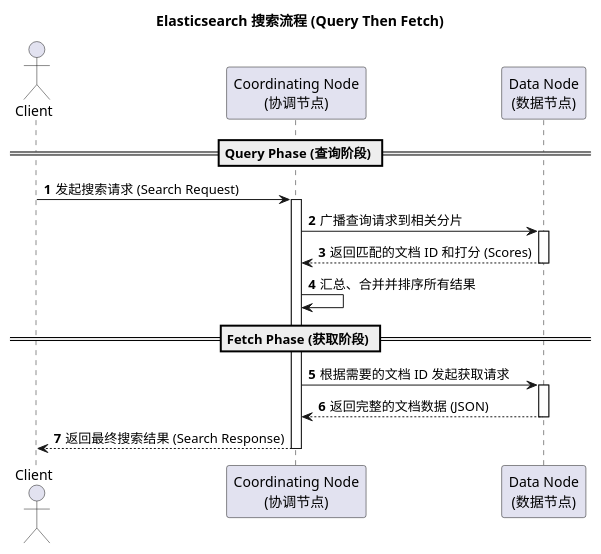
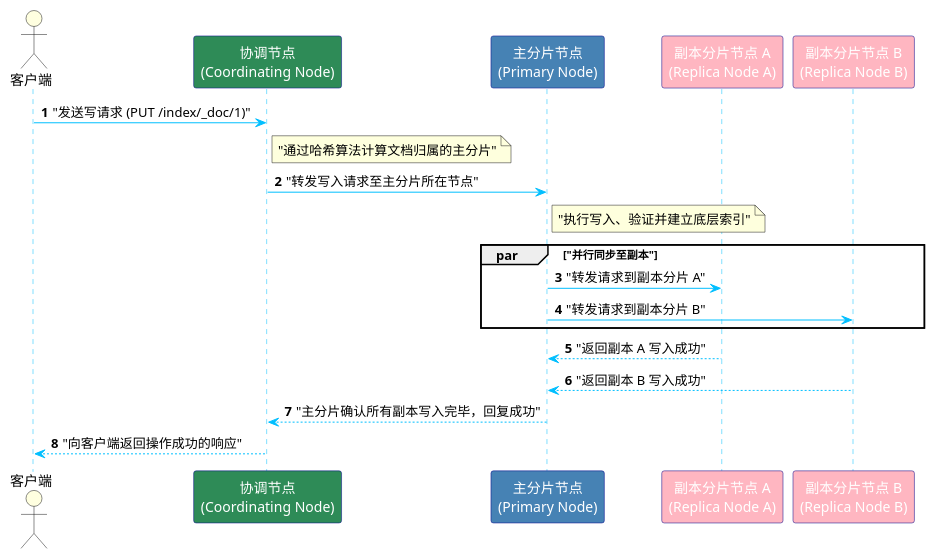
Before and after one commit to Lin-Lambert/elastic: the diagram in elastic9.md, drawn with PlantUML. The commit also changed other lines of this file and 103 other files, not shown here.

````diff
--- a/elastic9.md
+++ b/elastic9.md
@@ -5,30 +5,44 @@
 ```plantuml
 @startuml
-title Elasticsearch 搜索流程 (Query Then Fetch)
 autonumber
 
-actor "Client" as client
-participant "Coordinating Node\n(协调节点)" as coord
-participant "Data Node\n(数据节点)" as data
+' 全局样式配色 (遵循 uml skill 规范中的 skinparam 说明)
+skinparam sequence {
+    ArrowColor DeepSkyBlue
+    LifeLineBorderColor DeepSkyBlue
+    LifeLineBackgroundColor #E0FFFF
+    
+    ParticipantBorderColor DarkBlue
+    ParticipantFontColor White
+    
+    NoteBackgroundColor #FEFEE2
+    NoteBorderColor #E5D539
+}
 
-== Query Phase (查询阶段) ==
-client -> coord : 发起搜索请求 (Search Request)
-activate coord
+' 个体元素的专用配色 (遵循 uml skill 规范中的 #color 说明)
+actor "客户端" as client #LightYellow
+participant "协调节点\n(Coordinating Node)" as coordNode #SeaGreen
+participant "主分片节点\n(Primary Node)" as primaryNode #SteelBlue
+participant "副本分片节点 A\n(Replica Node A)" as replicaNodeA #LightPink
+participant "副本分片节点 B\n(Replica Node B)" as replicaNodeB #LightPink
 
-coord -> data : 广播查询请求到相关分片
-activate data
-data --> coord : 返回匹配的文档 ID 和打分 (Scores)
-deactivate data
+client -> coordNode: "发送写请求 (PUT /index/_doc/1)"
+note right of coordNode: "通过哈希算法计算文档归属的主分片"
 
-coord -> coord : 汇总、合并并排序所有结果
+coordNode -> primaryNode: "转发写入请求至主分片所在节点"
+note right of primaryNode: "执行写入、验证并建立底层索引"
 
-== Fetch Phase (获取阶段) ==
-coord -> data : 根据需要的文档 ID 发起获取请求
-activate data
-data --> coord : 返回完整的文档数据 (JSON)
-deactivate data
+par "并行同步至副本"
+    primaryNode -> replicaNodeA: "转发请求到副本分片 A"
+    primaryNode -> replicaNodeB: "转发请求到副本分片 B"
+end
 
-coord --> client : 返回最终搜索结果 (Search Response)
-deactivate coord
+replicaNodeA --> primaryNode: "返回副本 A 写入成功"
+replicaNodeB --> primaryNode: "返回副本 B 写入成功"
+
+primaryNode --> coordNode: "主分片确认所有副本写入完毕，回复成功"
+
+coordNode --> client: "向客户端返回操作成功的响应"
+
 @enduml
 ```
````
